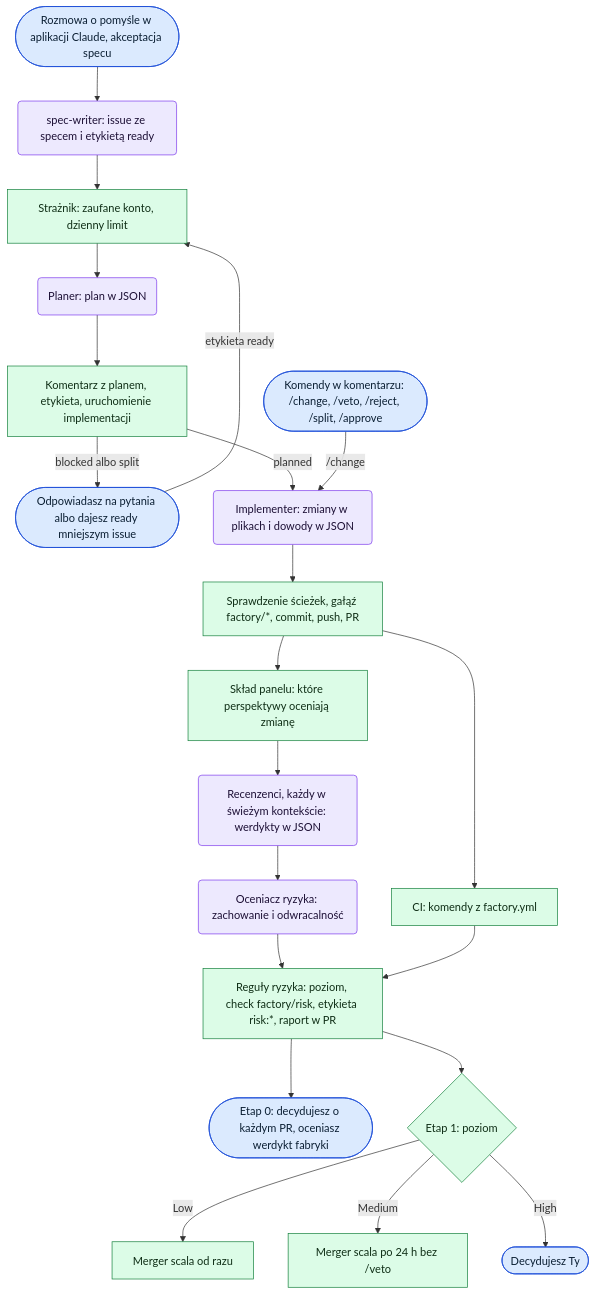
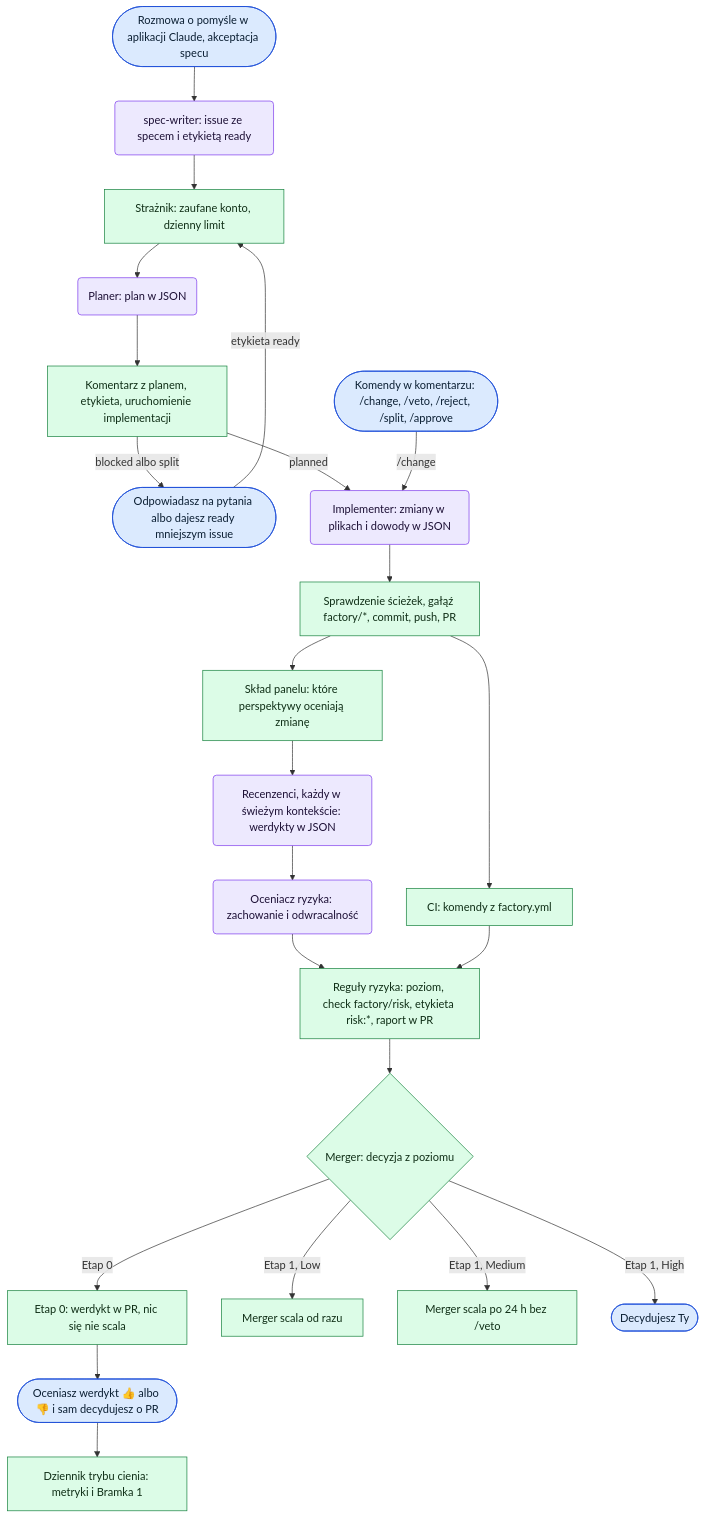
Before and after one commit to gibkigonzo/factory: the diagram in README.md, drawn with Mermaid. The commit also changed other lines of this file and 15 other files, not shown here.

First line of the commit message:
Tryb cienia: werdykt mergera w PR i dziennik z Bramką 1 (#8)

````diff
--- a/README.md
+++ b/README.md
@@ -23,40 +23,42 @@
 ```mermaid
 flowchart TD
   H1(["Rozmowa o pomyśle w aplikacji Claude, akceptacja specu"]):::human
   A1("spec-writer: issue ze specem i etykietą ready"):::agent
   S1["Strażnik: zaufane konto, dzienny limit"]:::script
   A2("Planer: plan w JSON"):::agent
   S2["Komentarz z planem, etykieta, uruchomienie implementacji"]:::script
   H2(["Odpowiadasz na pytania albo dajesz ready mniejszym issue"]):::human
   A3("Implementer: zmiany w plikach i dowody w JSON"):::agent
   S3["Sprawdzenie ścieżek, gałąź factory/*, commit, push, PR"]:::script
   S4["CI: komendy z factory.yml"]:::script
   S5["Skład panelu: które perspektywy oceniają zmianę"]:::script
   A4("Recenzenci, każdy w świeżym kontekście: werdykty w JSON"):::agent
   A5("Oceniacz ryzyka: zachowanie i odwracalność"):::agent
   S6["Reguły ryzyka: poziom, check factory/risk, etykieta risk:*, raport w PR"]:::script
-  H3(["Etap 0: decydujesz o każdym PR, oceniasz werdykt fabryki"]):::human
-  D{"Etap 1: poziom"}:::script
+  D{"Merger: decyzja z poziomu"}:::script
+  S7["Etap 0: werdykt w PR, nic się nie scala"]:::script
+  H3(["Oceniasz werdykt 👍 albo 👎 i sam decydujesz o PR"]):::human
+  S8["Dziennik trybu cienia: metryki i Bramka 1"]:::script
   M1["Merger scala od razu"]:::script
   M2["Merger scala po 24 h bez /veto"]:::script
   H4(["Decydujesz Ty"]):::human
   H5(["Komendy w komentarzu: /change, /veto, /reject, /split, /approve"]):::human
 
   H1 --> A1 --> S1 --> A2 --> S2
   S2 -->|"blocked albo split"| H2
   H2 -->|"etykieta ready"| S1
   S2 -->|"planned"| A3 --> S3
   S3 --> S4 & S5
   S5 --> A4 --> A5 --> S6
   S4 --> S6
-  S6 --> H3
   S6 --> D
-  D -->|"Low"| M1
-  D -->|"Medium"| M2
-  D -->|"High"| H4
+  D -->|"Etap 0"| S7 --> H3 --> S8
+  D -->|"Etap 1, Low"| M1
+  D -->|"Etap 1, Medium"| M2
+  D -->|"Etap 1, High"| H4
   H5 -->|"/change"| A3
 
   classDef human fill:#dbeafe,stroke:#1d4ed8,color:#0b1f33
   classDef agent fill:#ede9fe,stroke:#7c3aed,color:#1d1036
   classDef script fill:#dcfce7,stroke:#15803d,color:#0f2e16
 ```
````
